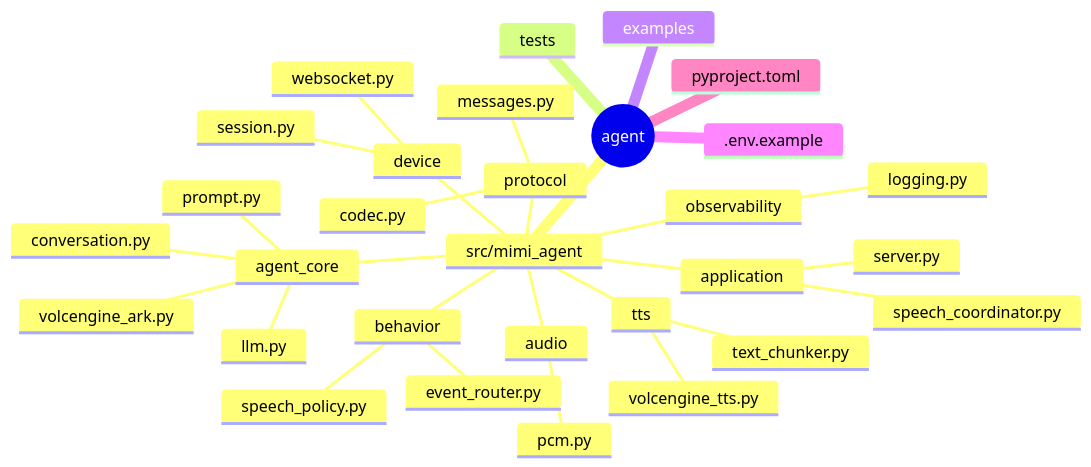
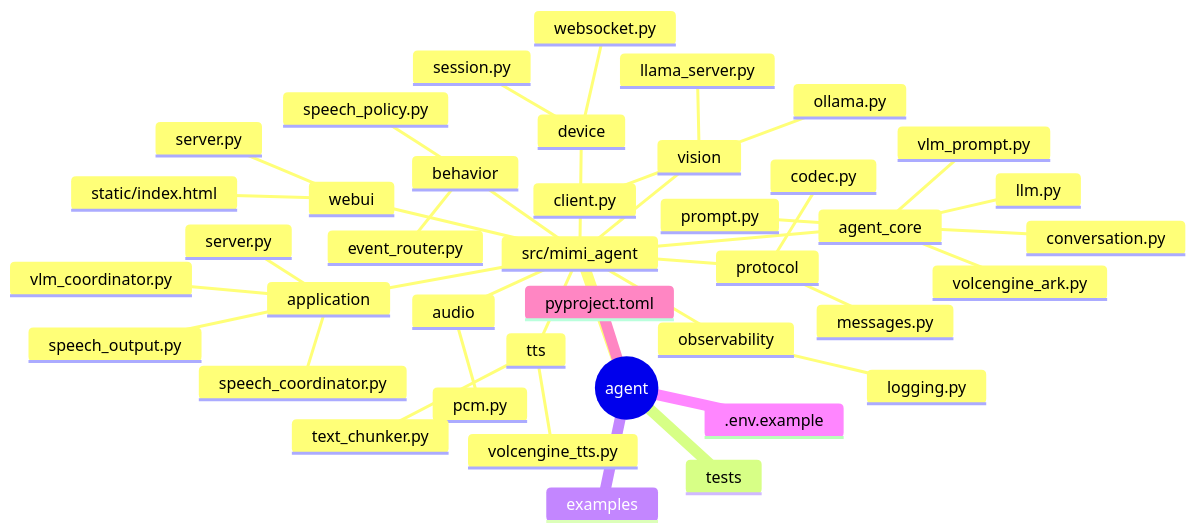
One commit to RyzeAngler/mimi changed the second of 2 diagrams in agent/README.md. Above: the diagram before and after it, drawn with Mermaid. The commit also changed other lines of this file and 65 other files, not shown here.

````diff
--- a/agent/README.md
+++ b/agent/README.md
@@ -29,33 +31,43 @@
 ```mermaid
 mindmap
     root((agent))
         src/mimi_agent
             application
                 server.py
                 speech_coordinator.py
+                vlm_coordinator.py
+                speech_output.py
             agent_core
                 conversation.py
                 llm.py
                 prompt.py
                 volcengine_ark.py
+                vlm_prompt.py
             behavior
                 event_router.py
                 speech_policy.py
             device
                 session.py
                 websocket.py
             protocol
                 codec.py
                 messages.py
             audio
                 pcm.py
             tts
                 text_chunker.py
                 volcengine_tts.py
+            vision
+                client.py
+                ollama.py
+                llama_server.py
+            webui
+                server.py
+                static/index.html
             observability
                 logging.py
         tests
         examples
         .env.example
         pyproject.toml
 ```
````
